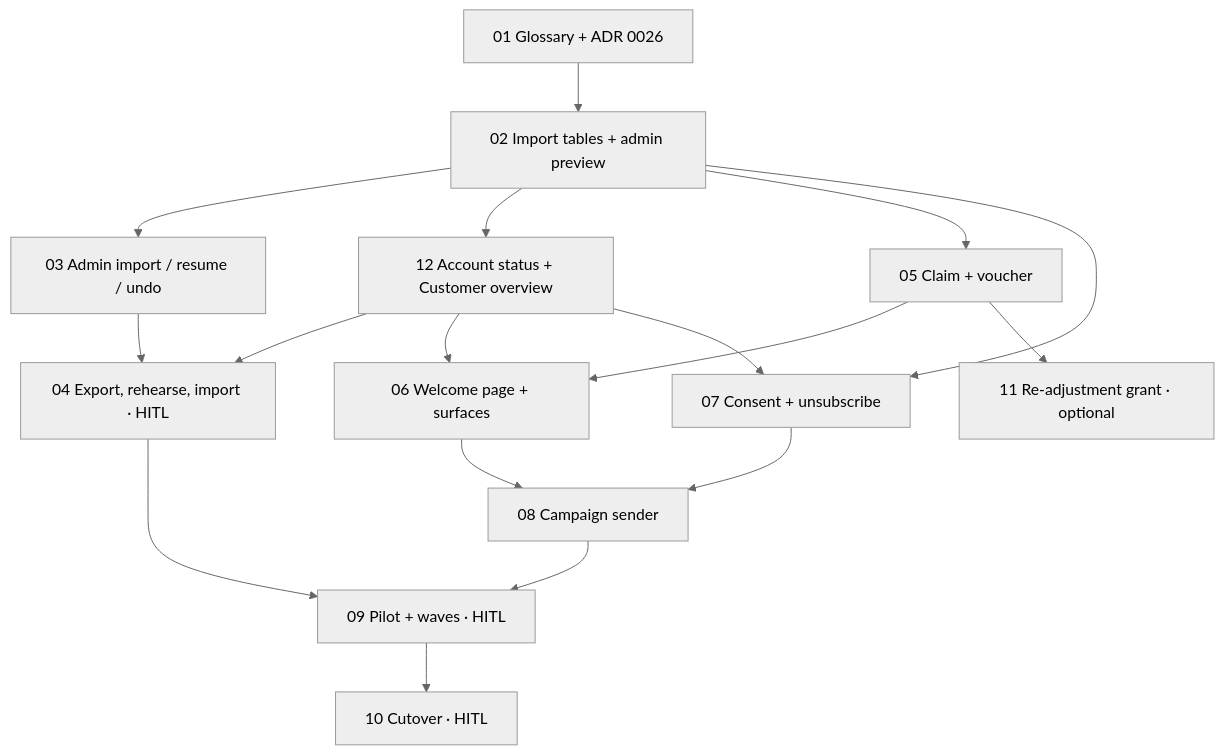
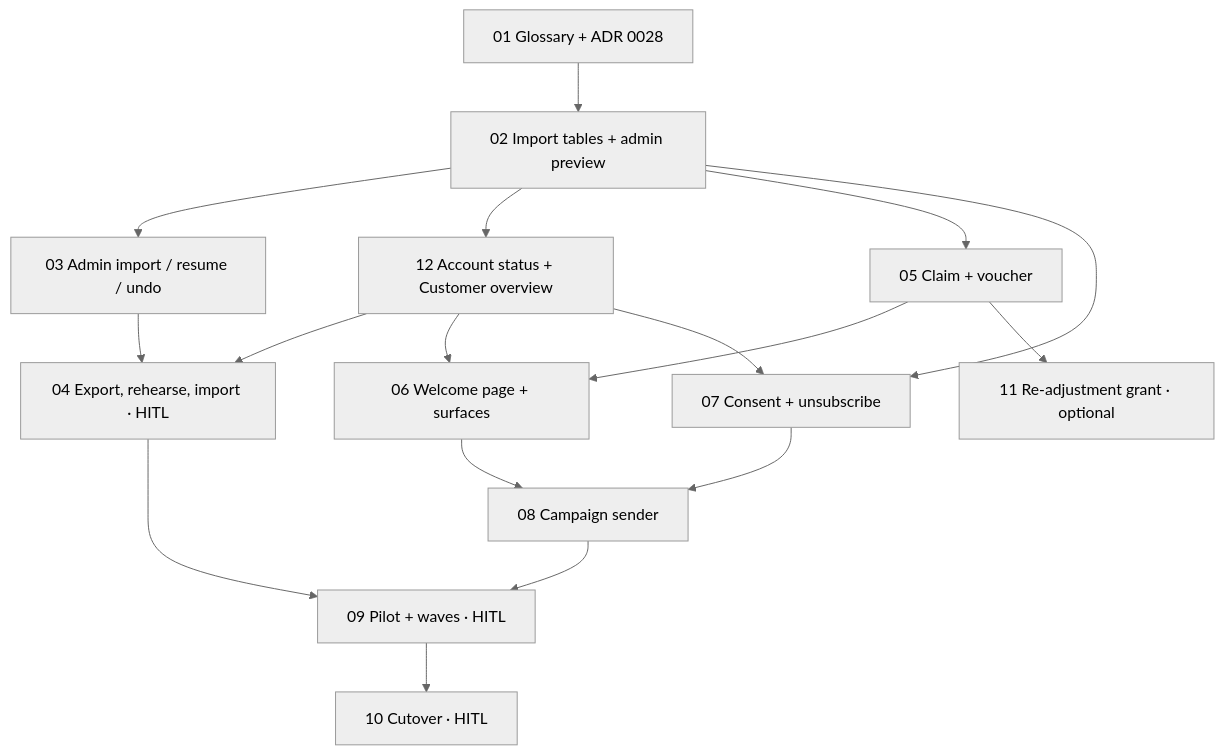
One commit to ivanyeors/mp changed the diagram in .claude/PRD-shopify-customer-migration/issues/README.md. Above: the diagram before and after it, drawn with Mermaid (neutral theme). The commit also changed other lines of this file and 27 other files, not shown here.

````diff
--- a/.claude/PRD-shopify-customer-migration/issues/README.md
+++ b/.claude/PRD-shopify-customer-migration/issues/README.md
@@ -28,32 +28,32 @@
 ```mermaid
 graph TD
-  s01[01 Glossary + ADR 0026]
+  s01[01 Glossary + ADR 0028]
   s02[02 Import tables + admin preview]
   s03[03 Admin import / resume / undo]
   s12[12 Account status + Customer overview]
   s04[04 Export, rehearse, import · HITL]
   s05[05 Claim + voucher]
   s06[06 Welcome page + surfaces]
   s07[07 Consent + unsubscribe]
   s08[08 Campaign sender]
   s09[09 Pilot + waves · HITL]
   s10[10 Cutover · HITL]
   s11[11 Re-adjustment grant · optional]
 
   s01 --> s02
   s02 --> s03
   s02 --> s12
   s03 --> s04
   s12 --> s04
   s12 --> s06
   s02 --> s05
   s05 --> s06
   s02 --> s07
   s12 --> s07
   s06 --> s08
   s07 --> s08
   s04 --> s09
   s08 --> s09
   s09 --> s10
   s05 --> s11
 ```
````
